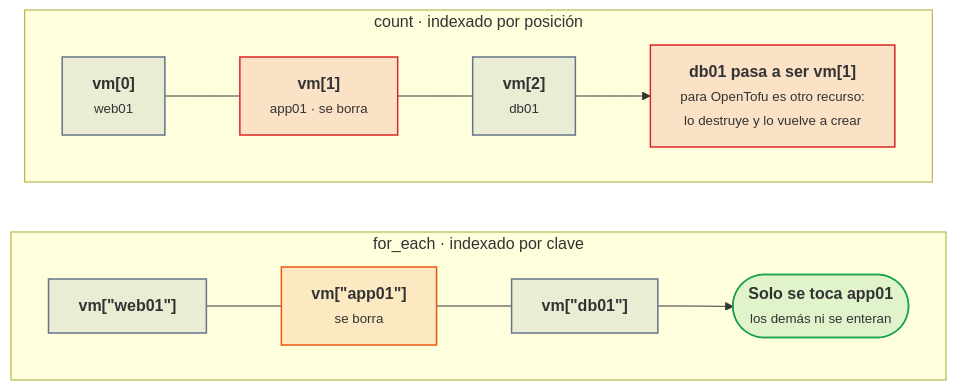
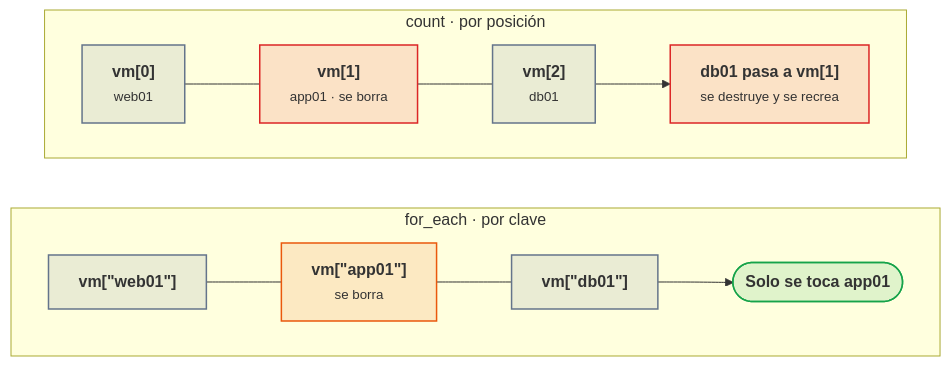
Before and after one commit to victor-educ/apuntes-5166: the second of 5 diagrams in docs/ut/ut5-iac.md, drawn with Mermaid. The commit also changed other lines of this file and 5 other files, not shown here.

````diff
--- a/docs/ut/ut5-iac.md
+++ b/docs/ut/ut5-iac.md
@@ -402,26 +416,26 @@
 ```mermaid
 flowchart TB
-    subgraph C["count · indexado por posición"]
+    subgraph C["count · por posición"]
         direction LR
         C1["<b>vm[0]</b><br><small>web01</small>"]:::pieza
         C2["<b>vm[1]</b><br><small>app01 · se borra</small>"]:::riesgo
         C3["<b>vm[2]</b><br><small>db01</small>"]:::pieza
-        R1["<b>db01 pasa a ser vm[1]</b><br><small>para OpenTofu es otro recurso:<br>lo destruye y lo vuelve a crear</small>"]:::riesgo
+        R1["<b>db01 pasa a vm[1]</b><br><small>se destruye y se recrea</small>"]:::riesgo
         C1 --- C2 --- C3 --> R1
     end
-    subgraph F["for_each · indexado por clave"]
+    subgraph F["for_each · por clave"]
         direction LR
         F1["<b>vm[#quot;web01#quot;]</b>"]:::pieza
         F2["<b>vm[#quot;app01#quot;]</b><br><small>se borra</small>"]:::act
         F3["<b>vm[#quot;db01#quot;]</b>"]:::pieza
-        R2(["<b>Solo se toca app01</b><br><small>los demás ni se enteran</small>"]):::ok
+        R2(["<b>Solo se toca app01</b>"]):::ok
         F1 --- F2 --- F3 --> R2
     end
     C ~~~ F
     classDef act fill:#ea580c22,stroke:#ea580c,stroke-width:1.5px
     classDef pieza fill:#64748b22,stroke:#64748b,stroke-width:1.5px
     classDef dato fill:#2563eb22,stroke:#2563eb,stroke-width:1.5px
     classDef infra fill:#a1a1aa14,stroke:#a1a1aa,stroke-width:1.5px
     classDef ok fill:#16a34a22,stroke:#16a34a,stroke-width:1.5px
     classDef riesgo fill:#dc262622,stroke:#dc2626,stroke-width:1.5px
 ```
````
